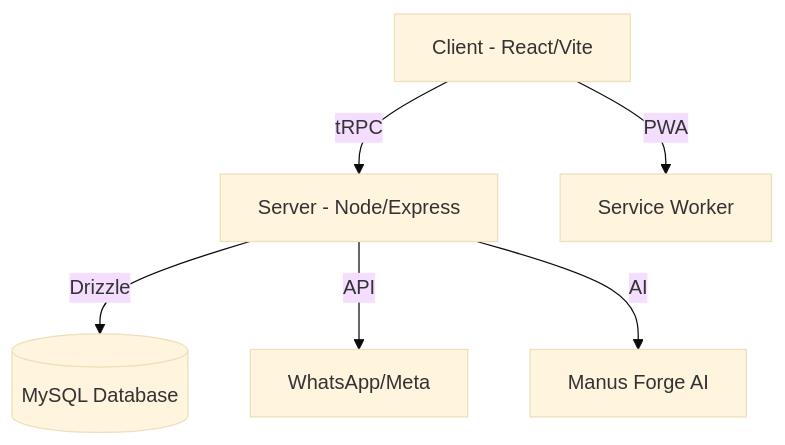
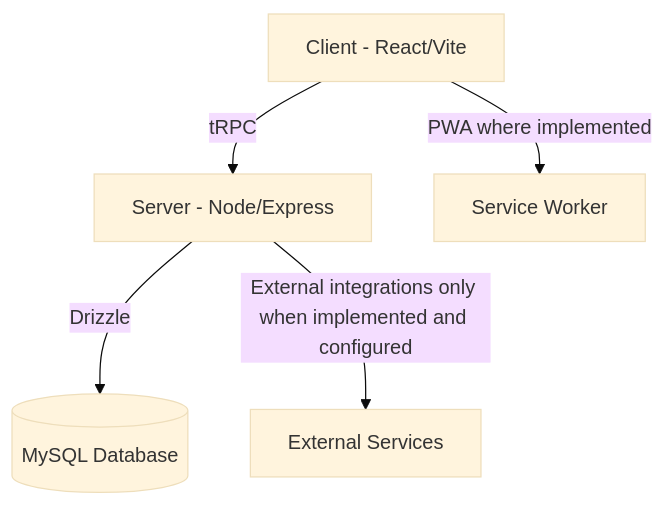
One commit to 0SSAM/MEDORA-Health-Care-Eco-System changed the diagram in README.md. Above: the diagram before and after it, drawn with Mermaid (base theme). The commit also changed other lines of this file and 1 other file, not shown here.

````diff
--- a/README.md
+++ b/README.md
@@ -63,8 +71,7 @@
 ```mermaid
 graph TD
     A[Client - React/Vite] -->|tRPC| B[Server - Node/Express]
     B -->|Drizzle| C[(MySQL Database)]
-    B -->|API| D[WhatsApp/Meta]
-    B -->|AI| E[Manus Forge AI]
-    A -->|PWA| F[Service Worker]
+    B -->|External integrations only when implemented and configured| D[External Services]
+    A -->|PWA where implemented| E[Service Worker]
 ```
````
